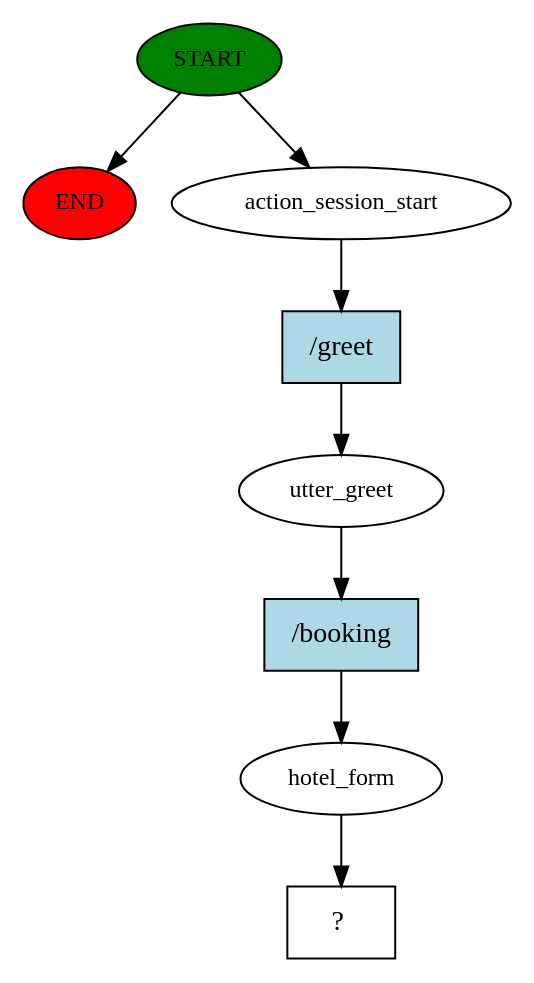
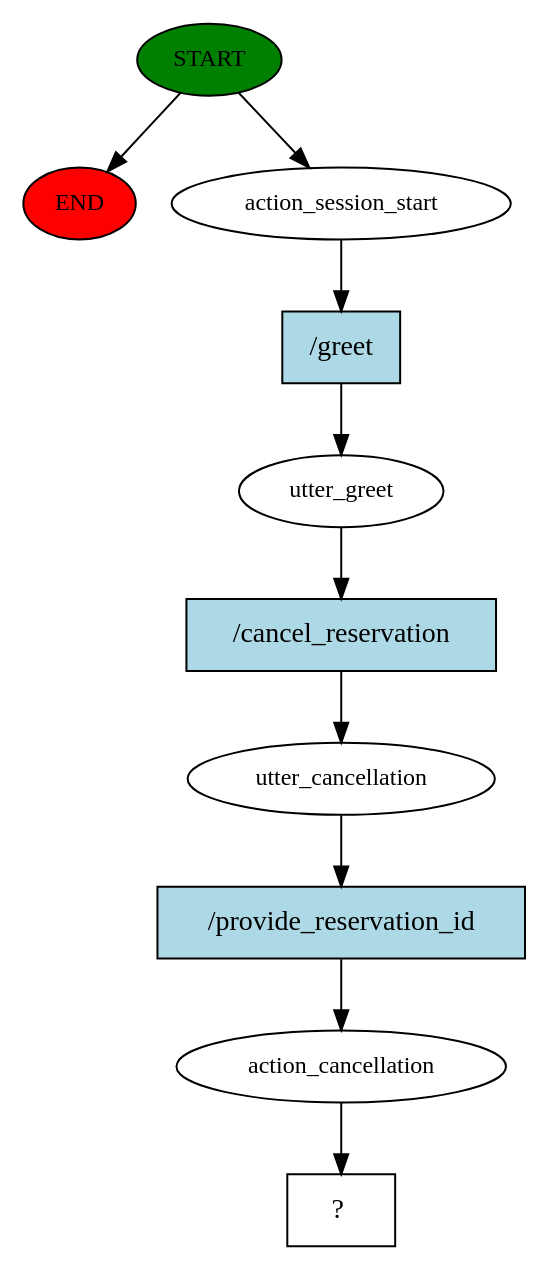
One commit to DilankaSanjula/Hotel-Booking-Chatbot changed the diagram in story_graph.dot. Above: the diagram before and after it, drawn with Graphviz. The commit also changed 8 other files, not shown here.

```diff
--- a/story_graph.dot
+++ b/story_graph.dot
@@ -1,17 +1,21 @@
 digraph  {
 0 [class="start active", fillcolor=green, fontsize=12, label=START, style=filled];
 "-1" [class=end, fillcolor=red, fontsize=12, label=END, style=filled];
 1 [class=active, fontsize=12, label=action_session_start];
 2 [class=active, fontsize=12, label=utter_greet];
-3 [class=active, fontsize=12, label=hotel_form];
-4 [class="intent dashed active", label="  ?  ", shape=rect];
-5 [class="intent active", fillcolor=lightblue, label="/greet", shape=rect, style=filled];
-6 [class="intent active", fillcolor=lightblue, label="/booking", shape=rect, style=filled];
+3 [class=active, fontsize=12, label=utter_cancellation];
+4 [class=active, fontsize=12, label=action_cancellation];
+5 [class="intent dashed active", label="  ?  ", shape=rect];
+6 [class="intent active", fillcolor=lightblue, label="/greet", shape=rect, style=filled];
+7 [class="intent active", fillcolor=lightblue, label="/cancel_reservation", shape=rect, style=filled];
+8 [class="intent active", fillcolor=lightblue, label="/provide_reservation_id", shape=rect, style=filled];
 0 -> "-1"  [class="", key=NONE, label=""];
 0 -> 1  [class=active, key=NONE, label=""];
-1 -> 5  [class=active, key=0];
-2 -> 6  [class=active, key=0];
-3 -> 4  [class=active, key=NONE, label=""];
-5 -> 2  [class=active, key=0];
-6 -> 3  [class=active, key=0];
+1 -> 6  [class=active, key=0];
+2 -> 7  [class=active, key=0];
+3 -> 8  [class=active, key=0];
+4 -> 5  [class=active, key=NONE, label=""];
+6 -> 2  [class=active, key=0];
+7 -> 3  [class=active, key=0];
+8 -> 4  [class=active, key=0];
 }
```
